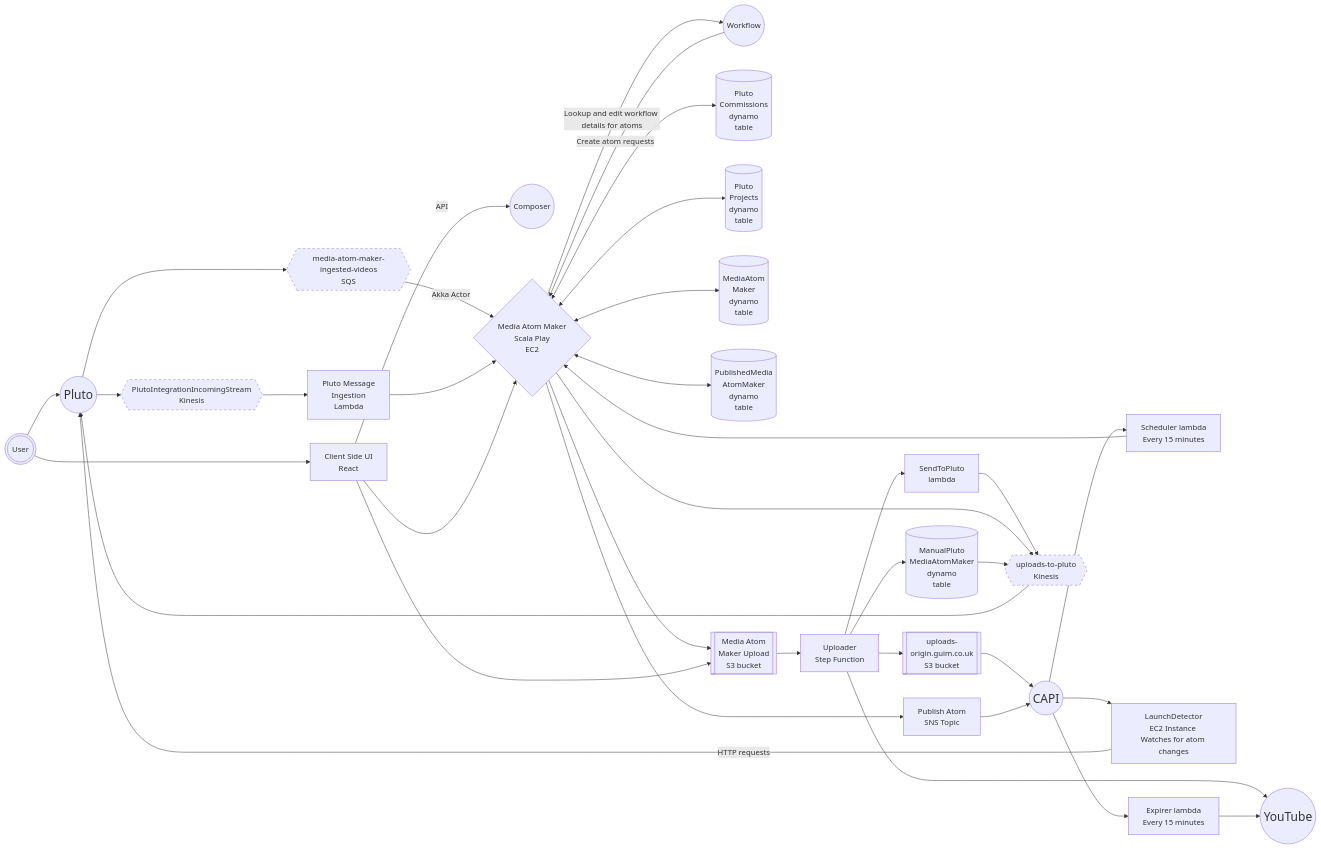
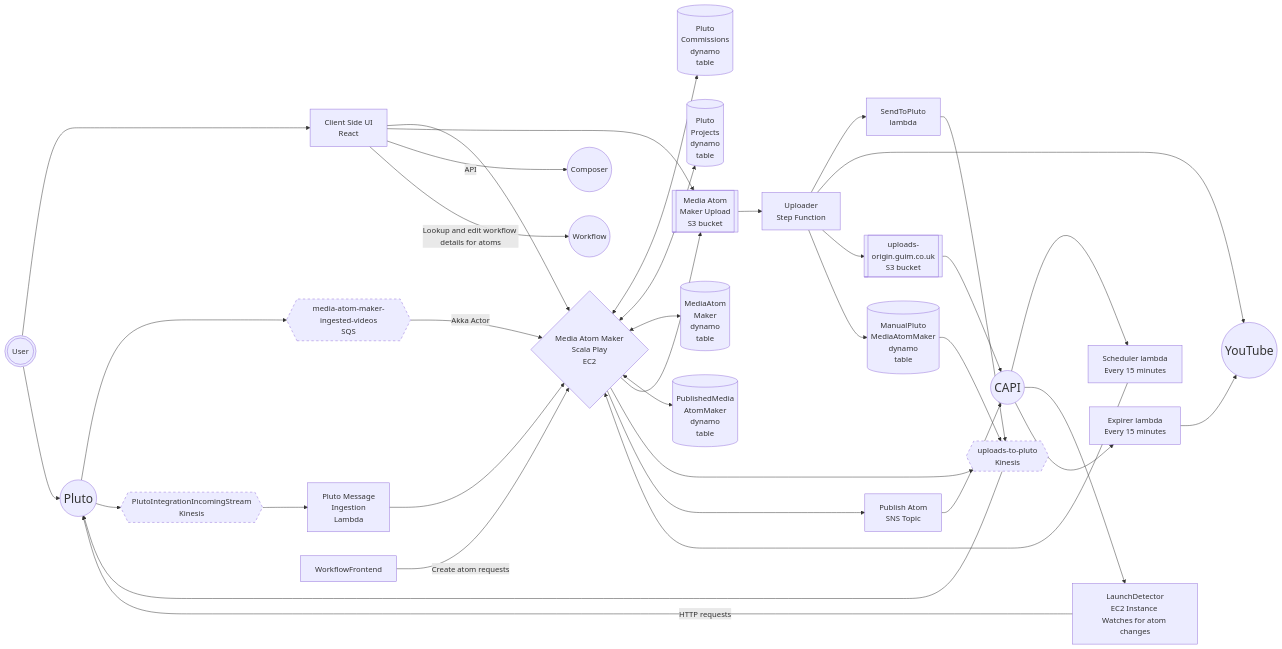
One commit to guardian/media-atom-maker changed the first of 4 diagrams in docs/10-architecture.md. Above: the diagram before and after it, drawn with Mermaid.

Commit message:
Split workflow arrows between frontend and backend

````diff
--- a/docs/10-architecture.md
+++ b/docs/10-architecture.md
@@ -5,53 +5,53 @@
 ```mermaid
 graph LR
     Pluto((Pluto)):::External
     YouTube((YouTube)):::External
     CAPI((CAPI)):::External
     Composer((Composer))
     Workflow((Workflow))
     uploads-to-pluto{{uploads-to-pluto<br/>Kinesis}}:::Stream
     media-atom-maker-ingested-videos{{media-atom-maker-ingested-videos<br/>SQS}}:::Stream
     PlutoIntegrationIncomingStream{{PlutoIntegrationIncomingStream<br/>Kinesis}}:::Stream
     uploads-to-pluto --> Pluto
     Pluto --> media-atom-maker-ingested-videos
     Pluto --> PlutoIntegrationIncomingStream
     SendToPluto[SendToPluto<br/>lambda] --> uploads-to-pluto
     media-atom-maker-ingested-videos -->|Akka Actor| MediaAtomMaker{Media Atom Maker<br/>Scala Play<br/>EC2}
     PlutoIntegrationIncomingStream --> PlutoMessage[Pluto Message<br/>Ingestion<br/>Lambda]
     PlutoMessage --> MediaAtomMaker
     MediaAtomMaker <--> PlutoCommissions[(Pluto<br/>Commissions<br/>dynamo<br/>table)]
     MediaAtomMaker <--> PlutoProjects[(Pluto<br/>Projects<br/>dynamo<br/>table)]
     MediaAtomMaker <--> MediaAtomMakerProd[(MediaAtom<br/>Maker<br/>dynamo<br/>table)]
     MediaAtomMaker <--> PublishedMedia[(PublishedMedia<br/>AtomMaker<br/>dynamo<br/>table)]
     MediaAtomMaker --> MediaAtomMakerUpload[[Media Atom<br/>Maker Upload<br/>S3 bucket]]
     MediaAtomMaker --> uploads-to-pluto
     User(((User)))
     User --> ClientSide
     User --> Pluto
     ClientSide[Client Side UI<br/>React<br/>]
     ClientSide --> MediaAtomMaker
     ClientSide --> MediaAtomMakerUpload
     ClientSide -->|API| Composer
     MediaAtomMakerUpload --> Uploader
     Uploader[Uploader<br/>Step Function]
     Uploader --> SendToPluto
     Uploader --> YouTube
     Uploader --> UploadsOrigin[[uploads-<br/>origin.guim.co.uk<br/>S3 bucket]]
     Uploader --> ManualPluto[(ManualPluto<br/>MediaAtomMaker<br/>dynamo<br/>table)]
     ManualPluto --> uploads-to-pluto
     UploadsOrigin --> CAPI
     MediaAtomMaker --> PublishAtom[Publish Atom<br/>SNS Topic]
     Scheduler[Scheduler lambda<br/>Every 15 minutes]
     Scheduler --> MediaAtomMaker
     CAPI --> Scheduler
     CAPI --> LaunchDetector[LaunchDetector<br/>EC2 Instance <br/>Watches for atom changes]
     LaunchDetector -->|HTTP requests| Pluto
     PublishAtom --> CAPI
     Expirer[Expirer lambda<br/>Every 15 minutes]
     CAPI --> Expirer
     Expirer --> YouTube
-    MediaAtomMaker -->|Lookup and edit workflow details for atoms| Workflow
-    Workflow -->|Create atom requests| MediaAtomMaker
+    ClientSide -->|Lookup and edit workflow details for atoms| Workflow
+    WorkflowFrontend -->|Create atom requests| MediaAtomMaker
     classDef External padding: 50px, width: 200px, font-size: 25px
     classDef Stream stroke-dasharray: 5 5
 ```
````
